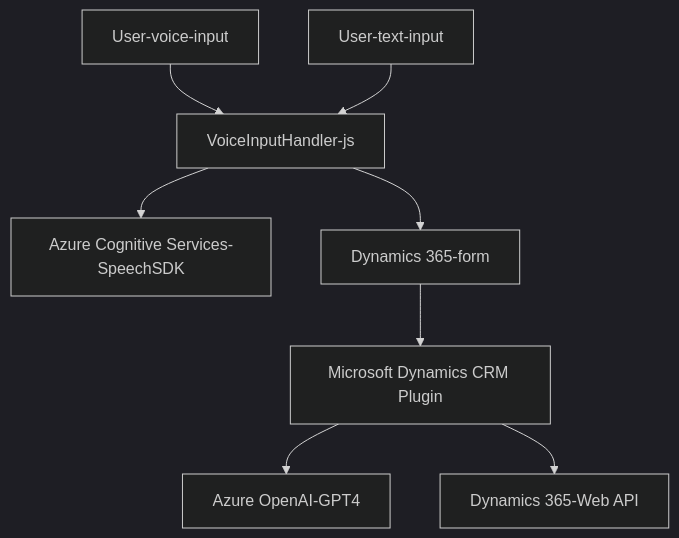
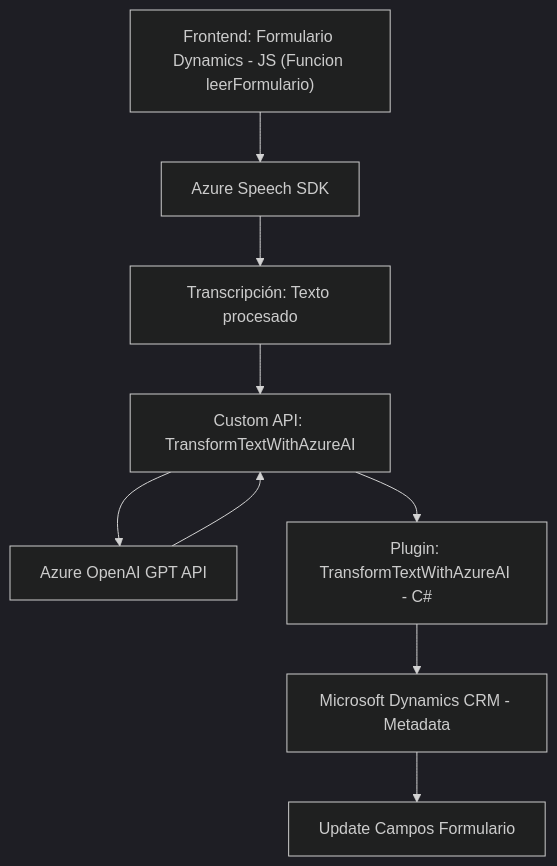
The diagram in README.md (blopezdm/NETCORE_BILBAO2025), drawn with Mermaid (dark theme) before and after one commit. The commit also changed other lines of this file, not shown here.

````diff
--- a/README.md
+++ b/README.md
@@ -51,11 +51,11 @@
 ```mermaid
 graph TD
-    A[User-voice-input] --> B[VoiceInputHandler-js]
-    C[User-text-input] --> B
-    B --> D["Azure Cognitive Services-SpeechSDK"]
-    B --> E["Dynamics 365-form"]
-    E["Dynamics 365-form"] --> F["Microsoft Dynamics CRM Plugin"]
-    F --> G["Azure OpenAI-GPT4"]
-    F --> H["Dynamics 365-Web API"]
-
+  A["Frontend: Formulario Dynamics - JS (Funcion leerFormulario)"] --> B["Azure Speech SDK"]
+  B --> C["Transcripción: Texto procesado"]
+  C --> D["Custom API: TransformTextWithAzureAI"] 
+  D --> E["Azure OpenAI GPT API"]
+  D --> F["Plugin: TransformTextWithAzureAI - C#"]
+  F --> G["Microsoft Dynamics CRM - Metadata"]
+  E --> D
+  G --> H["Update Campos Formulario"]
 ```
````
